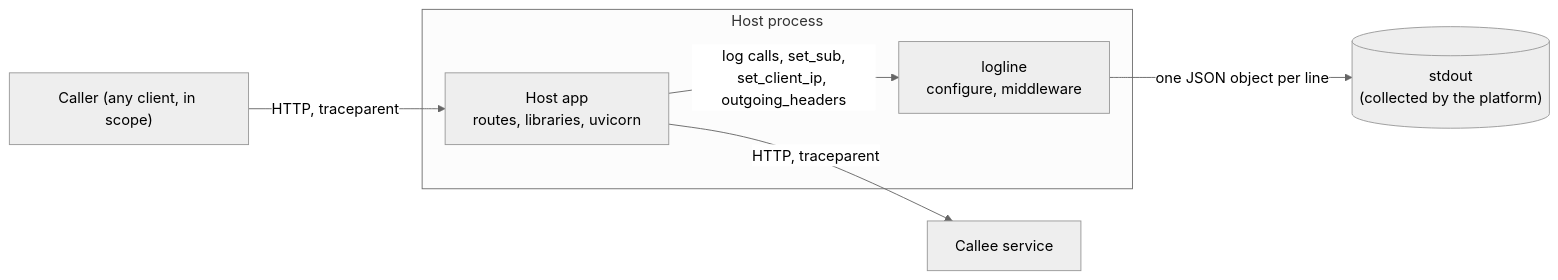
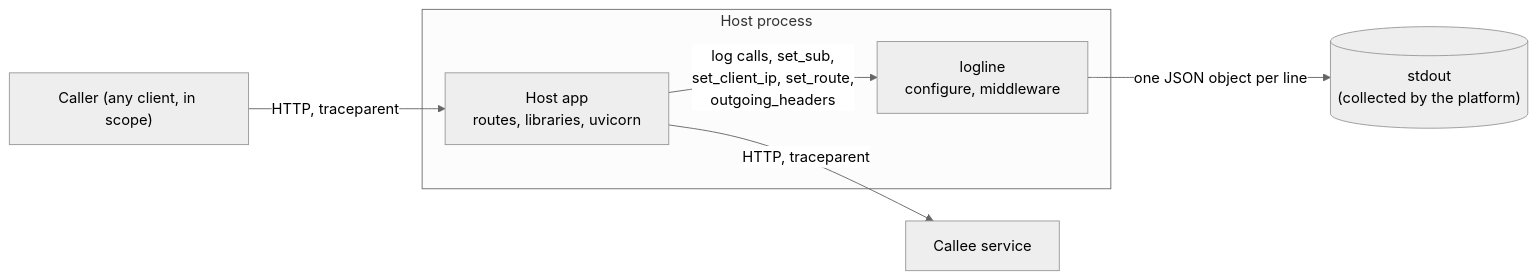
One commit to overnightworks/logline changed the first of 2 diagrams in docs/ARCHITECTURE.md. Above: the diagram before and after it, drawn with Mermaid (neutral theme). The commit also changed other lines of this file and 7 other files, not shown here.

````diff
--- a/docs/ARCHITECTURE.md
+++ b/docs/ARCHITECTURE.md
@@ -8,9 +8,9 @@
 ```mermaid
 flowchart LR
     subgraph process["Host process"]
-        host["Host app<br/>routes, libraries, uvicorn"] -- "log calls, set_sub,<br/>set_client_ip, outgoing_headers" --> logline["logline<br/>configure, middleware"]
+        host["Host app<br/>routes, libraries, uvicorn"] -- "log calls, set_sub,<br/>set_client_ip, set_route,<br/>outgoing_headers" --> logline["logline<br/>configure, middleware"]
     end
     logline -- "one JSON object per line" --> stdout[("stdout<br/>(collected by the platform)")]
     client["Caller (any client, in scope)"] -- "HTTP, traceparent" --> host
     host -- "HTTP, traceparent" --> callee["Callee service"]
 ```
````
